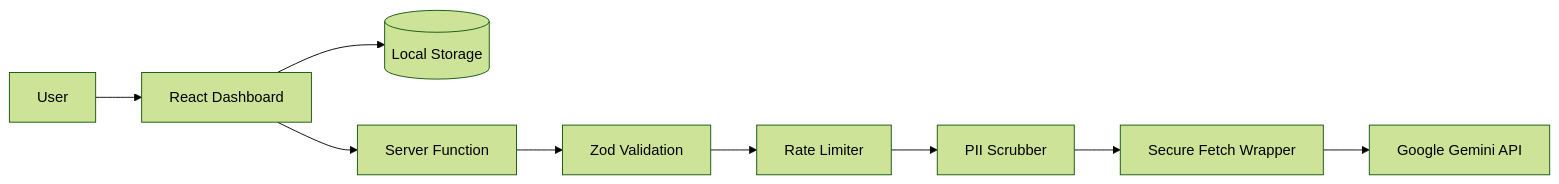
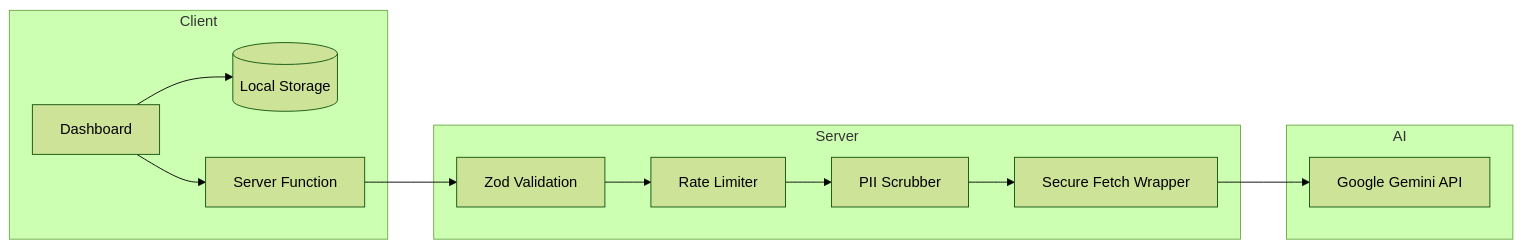
One commit to Akshatr08/carbone changed the diagram in README.md. Above: the diagram before and after it, drawn with Mermaid (forest theme). The commit also changed other lines of this file, not shown here.

````diff
--- a/README.md
+++ b/README.md
@@ -96,16 +96,30 @@
 ```mermaid
 flowchart LR
 
-    A[User] --> B[React Dashboard]
+    subgraph Client
+        A[Dashboard]
+        B[(Local Storage)]
+        C[Server Function]
 
-    B --> C[(Local Storage)]
+        A --> B
+        A --> C
+    end
 
-    B --> D[Server Function]
+    subgraph Server
+        D[Zod Validation]
+        E[Rate Limiter]
+        F[PII Scrubber]
+        G[Secure Fetch Wrapper]
 
-    D --> E[Zod Validation]
-    E --> F[Rate Limiter]
-    F --> G[PII Scrubber]
-    G --> H[Secure Fetch Wrapper]
+        D --> E
+        E --> F
+        F --> G
+    end
 
-    H --> I[Google Gemini API]
+    subgraph AI
+        H[Google Gemini API]
+    end
+
+    C --> D
+    G --> H
 ```
````
